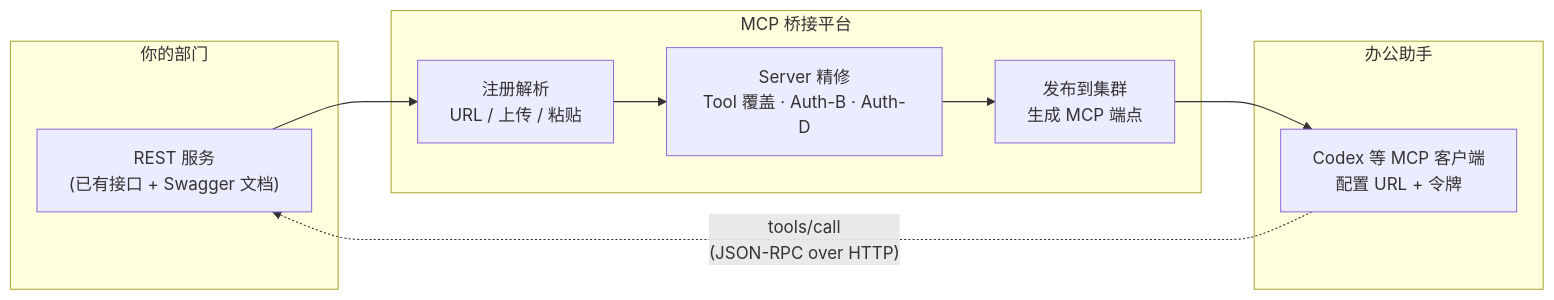
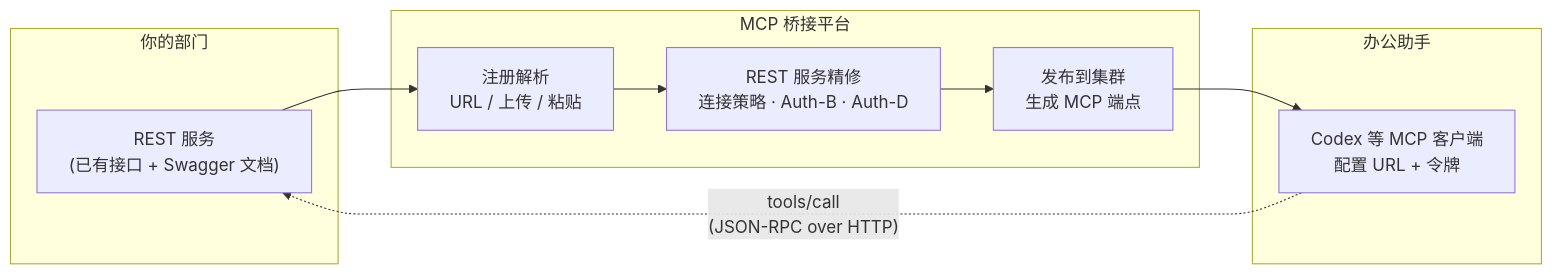
The diagram in docs/使用手册-REST发布与Codex接入.md (chengjungao/MCP-Platform), drawn with Mermaid before and after one commit. The commit also changed other lines of this file and 58 other files, not shown here.

````diff
--- a/docs/使用手册-REST发布与Codex接入.md
+++ b/docs/使用手册-REST发布与Codex接入.md
@@ -44,19 +44,19 @@
 ```mermaid
 flowchart LR
     subgraph 你的部门
         A["REST 服务<br/>(已有接口 + Swagger 文档)"]
     end
 
     subgraph MCP 桥接平台
         B["注册解析<br/>URL / 上传 / 粘贴"]
-        C["Server 精修<br/>Tool 覆盖 · Auth-B · Auth-D"]
+        C["REST 服务精修<br/>连接策略 · Auth-B · Auth-D"]
         D["发布到集群<br/>生成 MCP 端点"]
     end
 
     subgraph 办公助手
         E["Codex 等 MCP 客户端<br/>配置 URL + 令牌"]
     end
 
     A --> B --> C --> D --> E
     E -. "tools/call<br/>(JSON-RPC over HTTP)" .-> A
 ```
````
